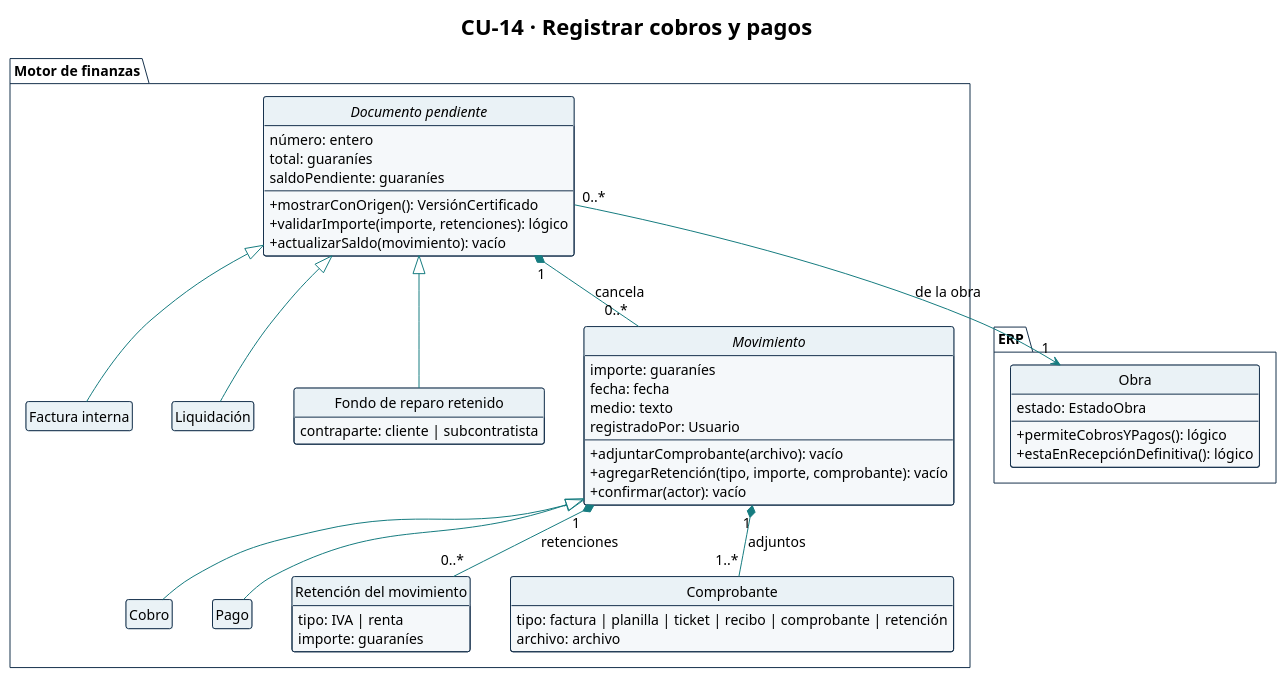
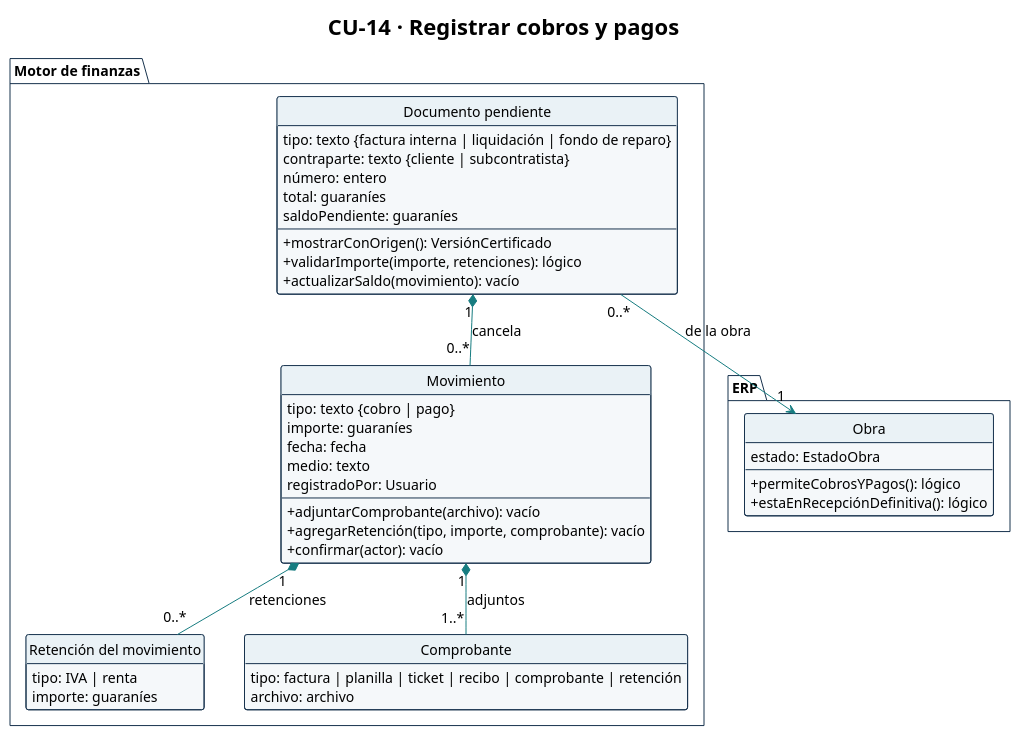
Before and after one commit to Ssrrb/tpf-uca: the diagram in diagramas/CU-14-clases.puml, drawn with PlantUML. The commit also changed 9 other files, not shown here.

```diff
--- a/diagramas/CU-14-clases.puml
+++ b/diagramas/CU-14-clases.puml
@@ -1,89 +1,80 @@
 @startuml
 !theme plain
 skinparam style strictuml
 title CU-14 · Registrar cobros y pagos
 hide circle
 hide empty methods
 hide empty fields
 skinparam shadowing false
 skinparam classAttributeIconSize 0
 skinparam defaultFontName Arial
 skinparam defaultFontSize 14
 skinparam nodesep 40
 skinparam ranksep 50
 skinparam ArrowColor #167C80
 skinparam class {
   BackgroundColor #F5F8FA
   BorderColor #17324D
   HeaderBackgroundColor #EAF2F6
 }
 skinparam package {
   BackgroundColor #FFFFFF
   BorderColor #17324D
 }
 skinparam note {
   BackgroundColor #FFFFFF
   BorderColor #17324D
 }
 package "Motor de finanzas" {
-  abstract class "Documento pendiente" as DocumentoPendiente {
+  class "Documento pendiente" as DocumentoPendiente {
+    tipo: texto {factura interna | liquidación | fondo de reparo}
+    contraparte: texto {cliente | subcontratista}
     número: entero
     total: guaraníes
     saldoPendiente: guaraníes
     --
     + mostrarConOrigen(): VersiónCertificado
     + validarImporte(importe, retenciones): lógico
     + actualizarSaldo(movimiento): vacío
   }
 
-  class "Factura interna" as FacturaInterna
-  class "Liquidación" as Liquidacion
-  class "Fondo de reparo retenido" as FondoReparo {
-    contraparte: cliente | subcontratista
-  }
 
-  abstract class Movimiento {
+  class Movimiento {
+    tipo: texto {cobro | pago}
     importe: guaraníes
     fecha: fecha
     medio: texto
     registradoPor: Usuario
     --
     + adjuntarComprobante(archivo): vacío
     + agregarRetención(tipo, importe, comprobante): vacío
     + confirmar(actor): vacío
   }
 
-  class Cobro
-  class Pago
 
   class "Retención del movimiento" as RetencionMovimiento {
     tipo: IVA | renta
     importe: guaraníes
   }
 
   class Comprobante {
     tipo: factura | planilla | ticket | recibo | comprobante | retención
     archivo: archivo
   }
 }
 
 package "ERP" {
   class Obra {
     estado: EstadoObra
     --
     + permiteCobrosYPagos(): lógico
     + estaEnRecepciónDefinitiva(): lógico
   }
 }
 
-DocumentoPendiente <|-- FacturaInterna
-DocumentoPendiente <|-- Liquidacion
-DocumentoPendiente <|-- FondoReparo
-Movimiento <|-- Cobro
-Movimiento <|-- Pago
 DocumentoPendiente "1" *-- "0..*" Movimiento : cancela
 Movimiento "1" *-- "0..*" RetencionMovimiento : retenciones
 Movimiento "1" *-- "1..*" Comprobante : adjuntos
 DocumentoPendiente "0..*" --> "1" Obra : de la obra
 
 @enduml
```
